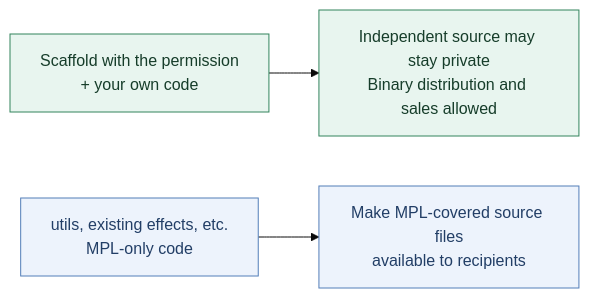
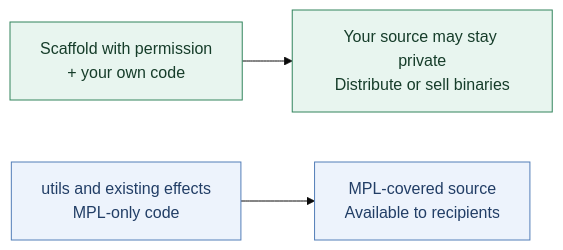
Before and after one commit to Aodaruma/aod-AE-plugin: the second of 2 diagrams in LICENSING.md, drawn with Mermaid (base theme). The commit also changed other lines of this file, not shown here.

Commit message:
DOCS: Keep licensing diagram labels compact

````diff
--- a/LICENSING.md
+++ b/LICENSING.md
@@ -77,9 +77,9 @@
 ```mermaid
 flowchart LR
-    template["Scaffold with the permission<br/>+ your own code"] --> private["Independent source may stay private<br/>Binary distribution and sales allowed"]
-    mpl["utils, existing effects, etc.<br/>MPL-only code"] --> source["Make MPL-covered source files<br/>available to recipients"]
+    template["Scaffold with permission<br/>+ your own code"] --> private["Your source may stay private<br/>Distribute or sell binaries"]
+    mpl["utils and existing effects<br/>MPL-only code"] --> source["MPL-covered source<br/>Available to recipients"]
     classDef output fill:#e8f5ef,stroke:#32845d,color:#163d2a
     classDef covered fill:#edf3fc,stroke:#537eb8,color:#223e66
     class template,private output
     class mpl,source covered
 ```
````
